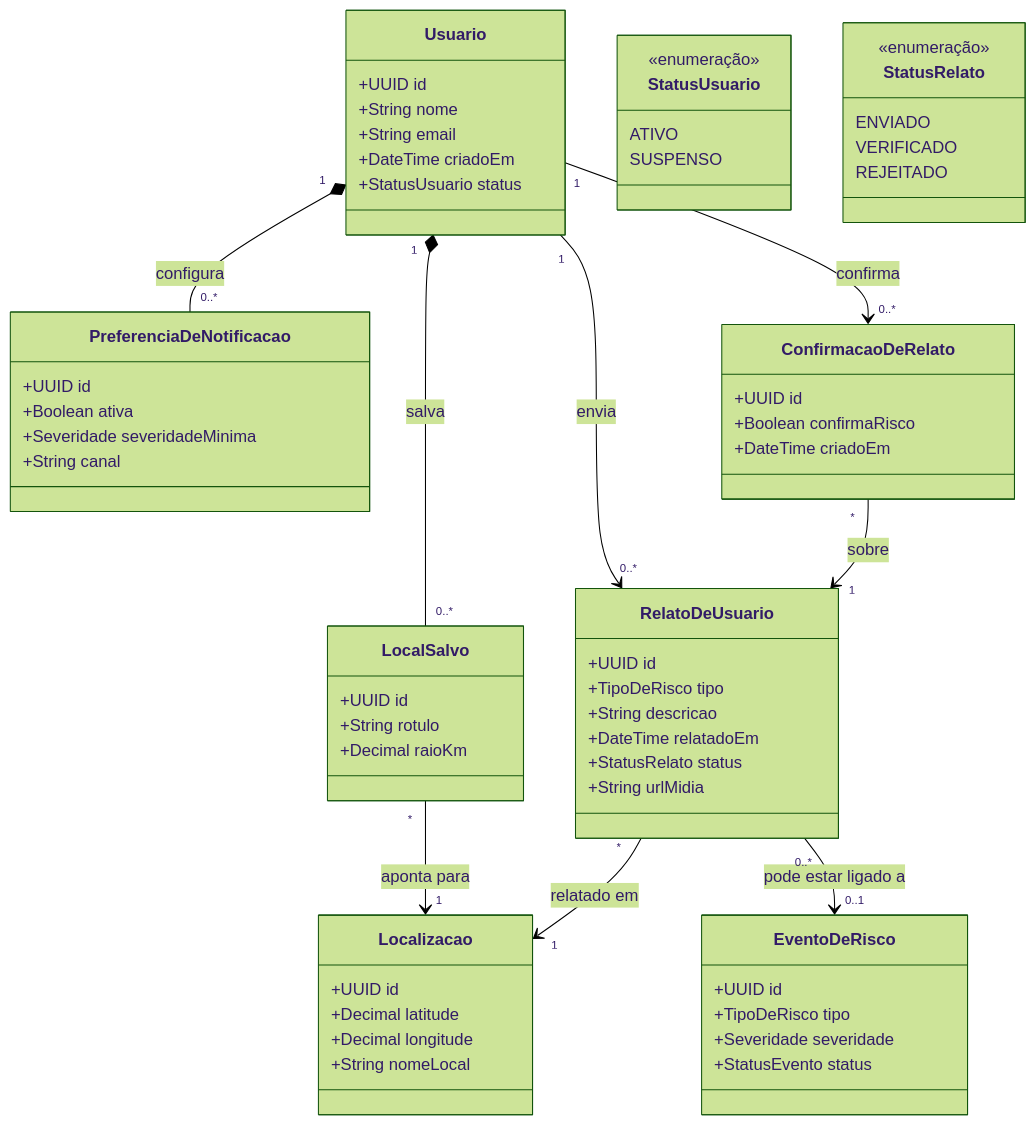
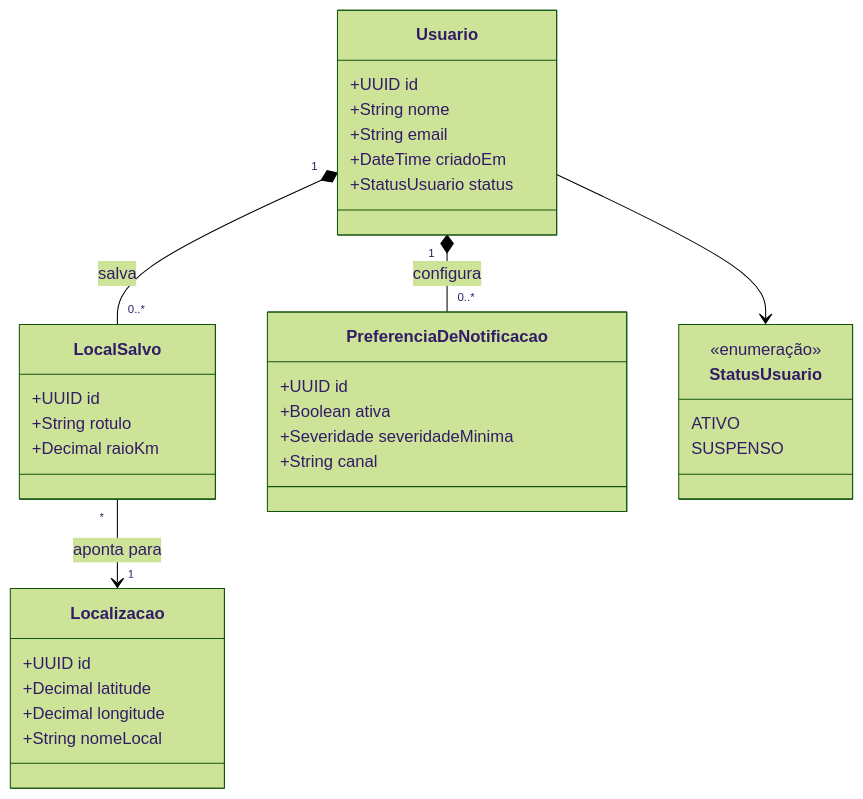
One commit to Software-Engineering-USP/MAC0413-TaPoo changed the second of 3 diagrams in docs/class-diagrams.md. Above: the diagram before and after it, drawn with Mermaid (forest theme). The commit also changed other lines of this file and 3 other files, not shown here.

First line of the commit message:
docs: remove user data contributions from class diagrams

````diff
--- a/docs/class-diagrams.md
+++ b/docs/class-diagrams.md
@@ -101,66 +101,37 @@
 ```mermaid
 classDiagram
     class Usuario {
       +UUID id
       +String nome
       +String email
       +DateTime criadoEm
       +StatusUsuario status
     }
     class LocalSalvo {
       +UUID id
       +String rotulo
       +Decimal raioKm
     }
     class PreferenciaDeNotificacao {
       +UUID id
       +Boolean ativa
       +Severidade severidadeMinima
       +String canal
     }
-    class RelatoDeUsuario {
-      +UUID id
-      +TipoDeRisco tipo
-      +String descricao
-      +DateTime relatadoEm
-      +StatusRelato status
-      +String urlMidia
-    }
-    class ConfirmacaoDeRelato {
-      +UUID id
-      +Boolean confirmaRisco
-      +DateTime criadoEm
-    }
-    class EventoDeRisco {
-      +UUID id
-      +TipoDeRisco tipo
-      +Severidade severidade
-      +StatusEvento status
-    }
     class Localizacao {
       +UUID id
       +Decimal latitude
       +Decimal longitude
       +String nomeLocal
     }
-
-    Usuario "1" *-- "0..*" LocalSalvo : salva
-    LocalSalvo "*" --> "1" Localizacao : aponta para
-    Usuario "1" *-- "0..*" PreferenciaDeNotificacao : configura
-    Usuario "1" --> "0..*" RelatoDeUsuario : envia
-    RelatoDeUsuario "*" --> "1" Localizacao : relatado em
-    RelatoDeUsuario "0..*" --> "0..1" EventoDeRisco : pode estar ligado a
-    Usuario "1" --> "0..*" ConfirmacaoDeRelato : confirma
-    ConfirmacaoDeRelato "*" --> "1" RelatoDeUsuario : sobre
     class StatusUsuario {
       <<enumeração>>
       ATIVO
       SUSPENSO
     }
-    class StatusRelato {
-      <<enumeração>>
-      ENVIADO
-      VERIFICADO
-      REJEITADO
-    }
+
+    Usuario "1" *-- "0..*" LocalSalvo : salva
+    LocalSalvo "*" --> "1" Localizacao : aponta para
+    Usuario "1" *-- "0..*" PreferenciaDeNotificacao : configura
+    Usuario --> StatusUsuario
 ```
````
